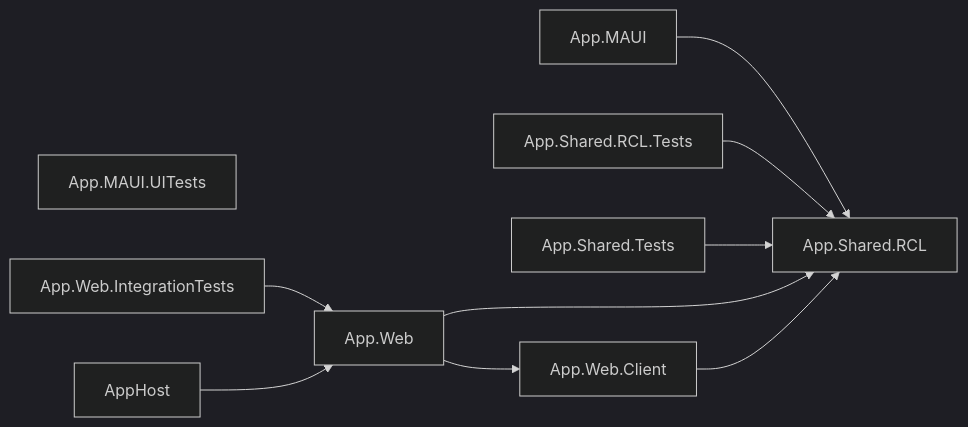
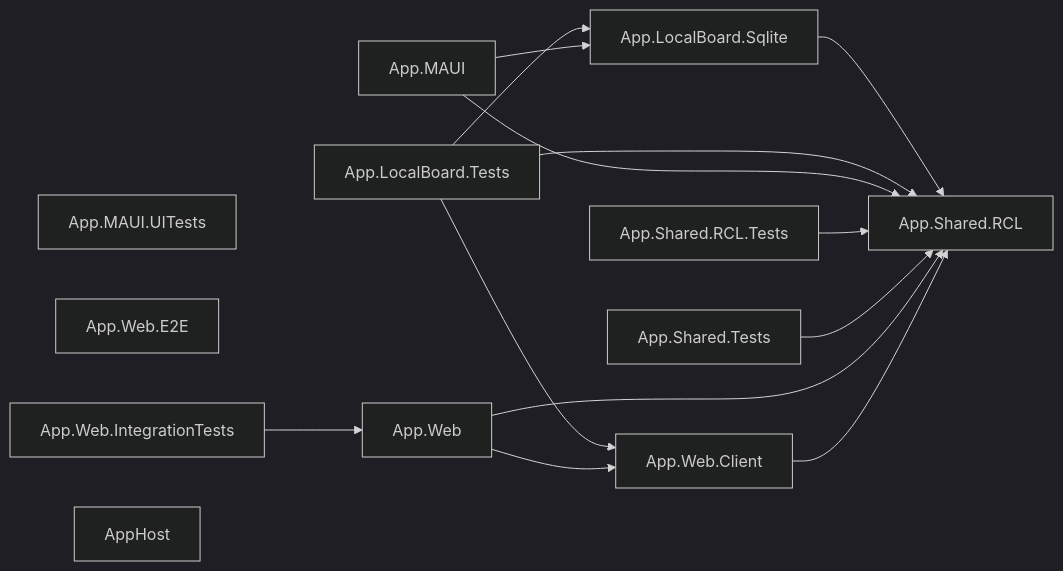
Before and after one commit to kadato/Habitinator: the diagram in docs/automation/solution-graph.mmd, drawn with Mermaid (dark theme). The commit also changed 1 other file, not shown here.

Commit message:
docs(build): refresh the solution graph

```diff
--- a/docs/automation/solution-graph.mmd
+++ b/docs/automation/solution-graph.mmd
@@ -1,19 +1,26 @@
 flowchart LR
 %% Auto-generated by tools/Habitinator.Diagrams (project reference graph)
+  App_LocalBoard_Sqlite["App.LocalBoard.Sqlite"]
+  App_LocalBoard_Tests["App.LocalBoard.Tests"]
   App_MAUI["App.MAUI"]
   App_MAUI_UITests["App.MAUI.UITests"]
   App_Shared_RCL["App.Shared.RCL"]
   App_Shared_RCL_Tests["App.Shared.RCL.Tests"]
   App_Shared_Tests["App.Shared.Tests"]
   App_Web["App.Web"]
   App_Web_Client["App.Web.Client"]
+  App_Web_E2E["App.Web.E2E"]
   App_Web_IntegrationTests["App.Web.IntegrationTests"]
   AppHost["AppHost"]
+  App_LocalBoard_Sqlite --> App_Shared_RCL
+  App_LocalBoard_Tests --> App_LocalBoard_Sqlite
+  App_LocalBoard_Tests --> App_Shared_RCL
+  App_LocalBoard_Tests --> App_Web_Client
+  App_MAUI --> App_LocalBoard_Sqlite
   App_MAUI --> App_Shared_RCL
   App_Shared_RCL_Tests --> App_Shared_RCL
   App_Shared_Tests --> App_Shared_RCL
   App_Web --> App_Shared_RCL
   App_Web --> App_Web_Client
   App_Web_Client --> App_Shared_RCL
   App_Web_IntegrationTests --> App_Web
-  AppHost --> App_Web
```
